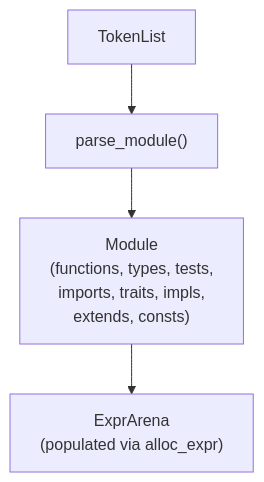
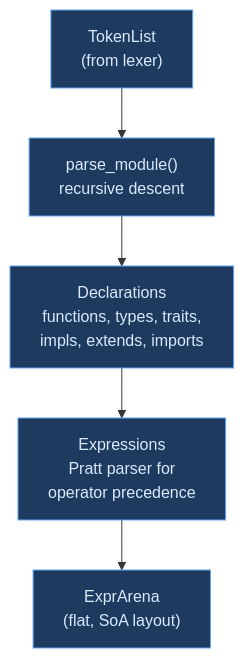
One commit to upstat-io/ori-lang changed the diagram in docs/compiler/design/04-parser/index.md. Above: the diagram before and after it, drawn with Mermaid. The commit also changed other lines of this file and 152 other files, not shown here.

````diff
--- a/docs/compiler/design/04-parser/index.md
+++ b/docs/compiler/design/04-parser/index.md
@@ -141,10 +151,16 @@
 ```mermaid
 flowchart TB
-    tokens["TokenList"] --> parse["parse_module()"]
-    parse --> module["Module
-(functions, types, tests,
-imports, traits, impls,
-extends, consts)"]
-    module --> arena["ExprArena
-(populated via alloc_expr)"]
+    tokens["TokenList
+(from lexer)"]:::frontend --> parse["parse_module()
+recursive descent"]:::frontend
+    parse --> decls["Declarations
+functions, types, traits,
+impls, extends, imports"]:::frontend
+    decls --> exprs["Expressions
+Pratt parser for
+operator precedence"]:::frontend
+    exprs --> arena["ExprArena
+(flat, SoA layout)"]:::frontend
+
+    classDef frontend fill:#1e3a5f,stroke:#60a5fa,color:#dbeafe
 ```
````
